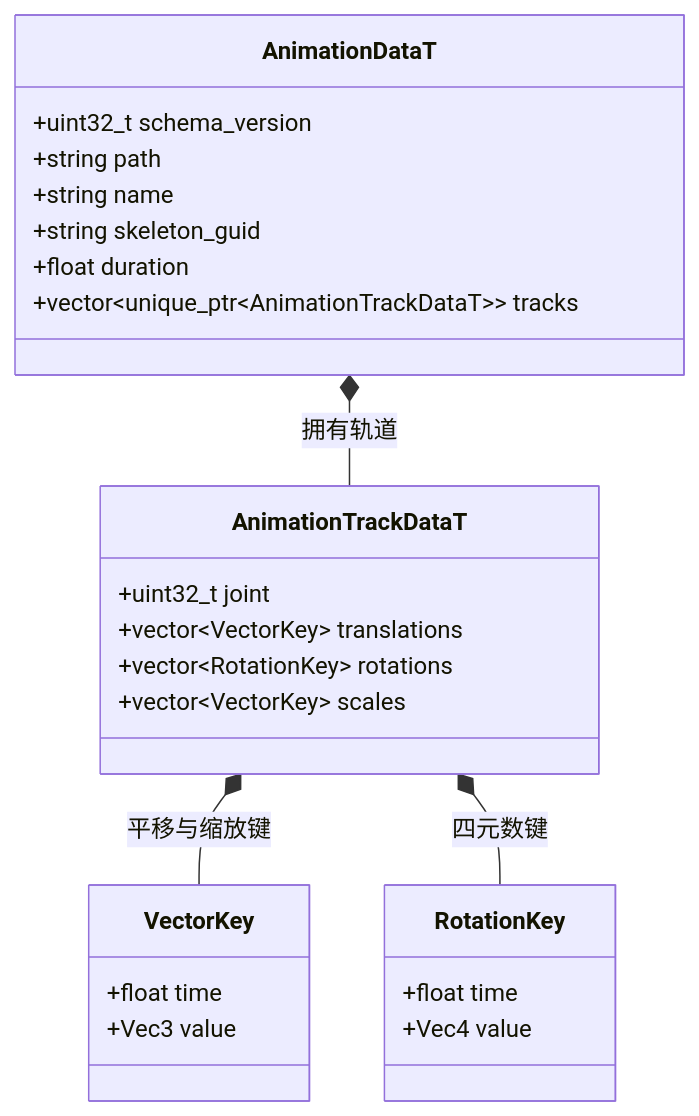
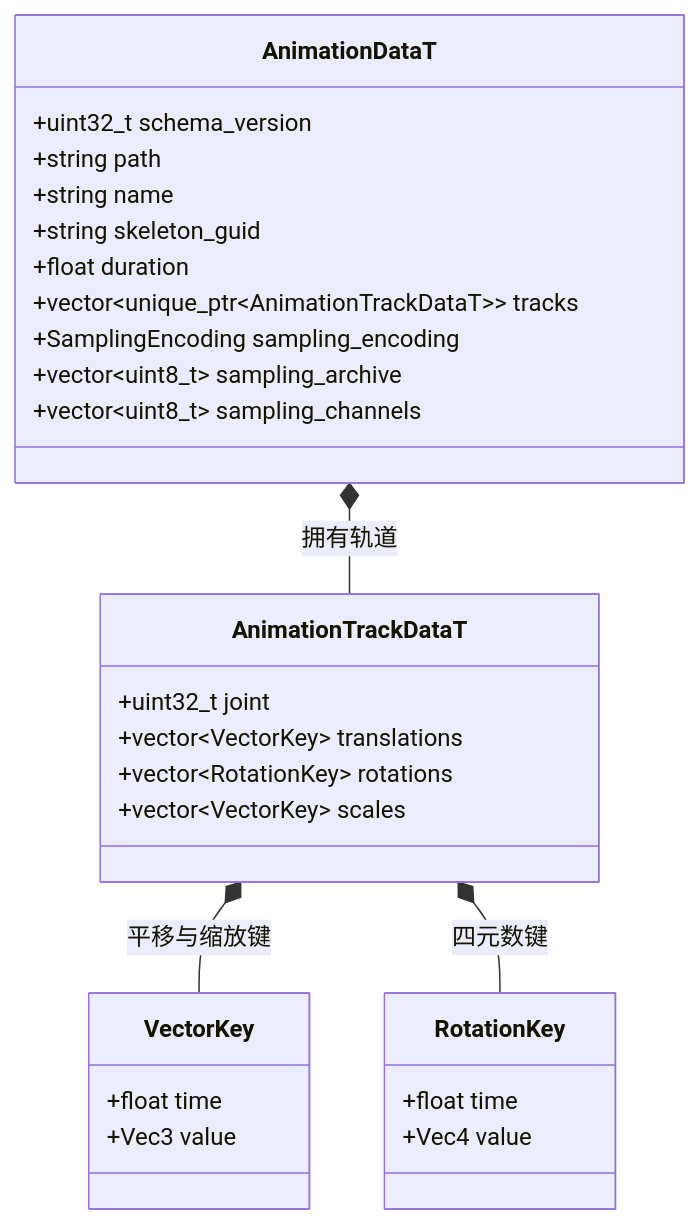
Before and after one commit to lcals/Engine: the fifth of 6 diagrams in docs/runtime/class-diagrams/model-resources.md, drawn with Mermaid. The commit also changed other lines of this file and 119 other files, not shown here.

````diff
--- a/docs/runtime/class-diagrams/model-resources.md
+++ b/docs/runtime/class-diagrams/model-resources.md
@@ -93,28 +98,31 @@
 ```mermaid
 classDiagram
     class AnimationDataT {
         +uint32_t schema_version
         +string path
         +string name
         +string skeleton_guid
         +float duration
         +vector~unique_ptr~AnimationTrackDataT~~ tracks
+        +SamplingEncoding sampling_encoding
+        +vector~uint8_t~ sampling_archive
+        +vector~uint8_t~ sampling_channels
     }
     class AnimationTrackDataT {
         +uint32_t joint
         +vector~VectorKey~ translations
         +vector~RotationKey~ rotations
         +vector~VectorKey~ scales
     }
     class VectorKey {
         +float time
         +Vec3 value
     }
     class RotationKey {
         +float time
         +Vec4 value
     }
     AnimationDataT *-- AnimationTrackDataT : 拥有轨道
     AnimationTrackDataT *-- VectorKey : 平移与缩放键
     AnimationTrackDataT *-- RotationKey : 四元数键
 ```
````
